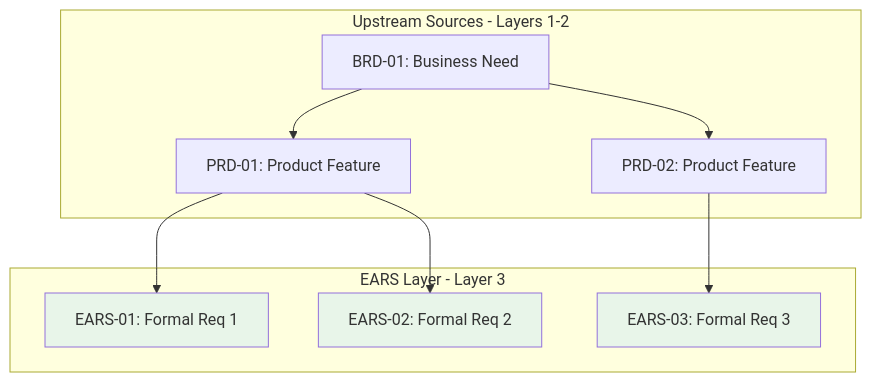
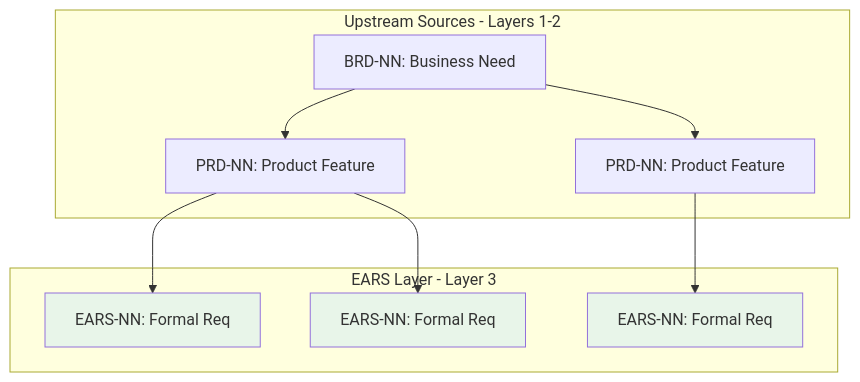
One commit to vladm3105/aidoc-flow-framework changed the diagram in ai_dev_flow/EARS/EARS-000_TRACEABILITY_MATRIX-TEMPLATE.md. Above: the diagram before and after it, drawn with Mermaid. The commit also changed other lines of this file and 140 other files, not shown here.

````diff
--- a/ai_dev_flow/EARS/EARS-000_TRACEABILITY_MATRIX-TEMPLATE.md
+++ b/ai_dev_flow/EARS/EARS-000_TRACEABILITY_MATRIX-TEMPLATE.md
@@ -331,24 +331,24 @@
 ```mermaid
 graph TD
     subgraph Upstream[Upstream Sources - Layers 1-2]
-        BRD001[BRD-01: Business Need]
-        PRD001[PRD-01: Product Feature]
-        PRD002[PRD-02: Product Feature]
+        BRD001[BRD-NN: Business Need]
+        PRD001[PRD-NN: Product Feature]
+        PRD002[PRD-NN: Product Feature]
     end
 
     subgraph Current[EARS Layer - Layer 3]
-        EARS001[EARS-01: Formal Req 1]
-        EARS002[EARS-02: Formal Req 2]
-        EARS003[EARS-03: Formal Req 3]
+        EARS001[EARS-NN: Formal Req]
+        EARS002[EARS-NN: Formal Req]
+        EARS003[EARS-NN: Formal Req]
     end
 
     BRD001 --> PRD001
     BRD001 --> PRD002
     PRD001 --> EARS001
     PRD001 --> EARS002
     PRD002 --> EARS003
 
     style EARS001 fill:#e8f5e9
     style EARS002 fill:#e8f5e9
     style EARS003 fill:#e8f5e9
 ```
````
